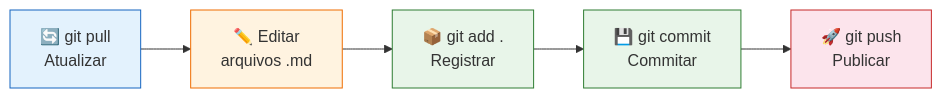
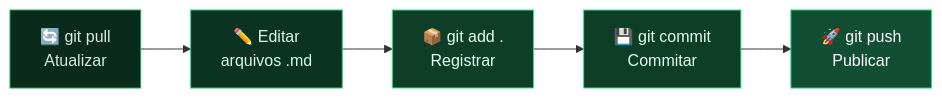
The first of 2 diagrams in docs/01-git-para-documentacao.md (AndreBanki/github_para_docs), drawn with Mermaid before and after one commit. The commit also changed other lines of this file and 9 other files, not shown here.

````diff
--- a/docs/01-git-para-documentacao.md
+++ b/docs/01-git-para-documentacao.md
@@ -117,9 +118,9 @@
 ```mermaid
 flowchart LR
     A["🔄 git pull\nAtualizar"] --> B["✏️ Editar\narquivos .md"] --> C["📦 git add .\nRegistrar"] --> D["💾 git commit\nCommitar"] --> E["🚀 git push\nPublicar"]
-    style A fill:#e3f2fd,stroke:#1565c0
-    style B fill:#fff3e0,stroke:#ef6c00
-    style C fill:#e8f5e9,stroke:#2e7d32
-    style D fill:#e8f5e9,stroke:#2e7d32
-    style E fill:#fce4ec,stroke:#c62828
+    style A fill:#0a2a1c,stroke:#1aa863,color:#d4ede0
+    style B fill:#0c3322,stroke:#25CE7B,color:#dcfaea
+    style C fill:#0e3d28,stroke:#3BE592,color:#e3fff1
+    style D fill:#0e3d28,stroke:#3BE592,color:#e3fff1
+    style E fill:#114e34,stroke:#25CE7B,color:#ffffff
 ```
````
